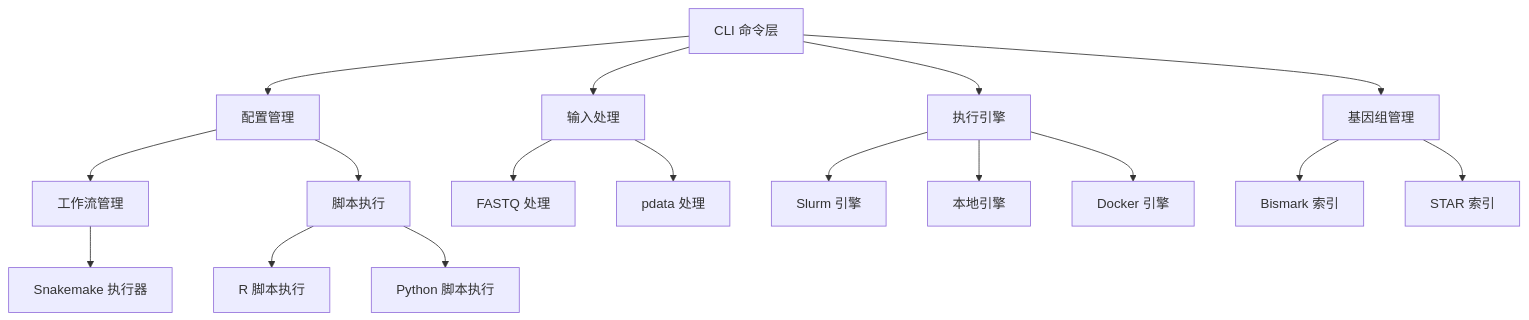
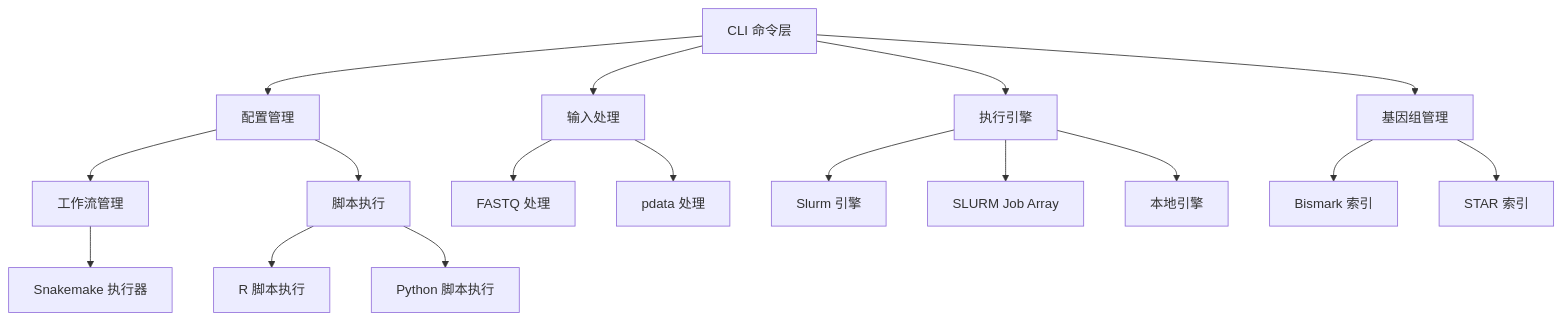
The second of 2 diagrams in docs/architecture.md (rainoffallingstar/otter-release), drawn with Mermaid before and after one commit. The commit also changed other lines of this file and 14 other files, not shown here.

````diff
--- a/docs/architecture.md
+++ b/docs/architecture.md
@@ -158,24 +158,24 @@
 ```mermaid
 graph TB
     CLI[CLI 命令层] --> Config[配置管理]
     CLI --> Input[输入处理]
     CLI --> Engine[执行引擎]
     CLI --> Genome[基因组管理]
     
     Config --> Workflow[工作流管理]
     Config --> Script[脚本执行]
     
     Input --> FastQ[FASTQ 处理]
     Input --> PData[pdata 处理]
     
     Engine --> Slurm[Slurm 引擎]
+    Engine --> SlurmArray[SLURM Job Array]
     Engine --> Local[本地引擎]
-    Engine --> Docker[Docker 引擎]
     
     Workflow --> Snakemake[Snakemake 执行器]
     Script --> R[R 脚本执行]
     Script --> Python[Python 脚本执行]
     
     Genome --> Bismark[Bismark 索引]
     Genome --> STAR[STAR 索引]
 ```
````
